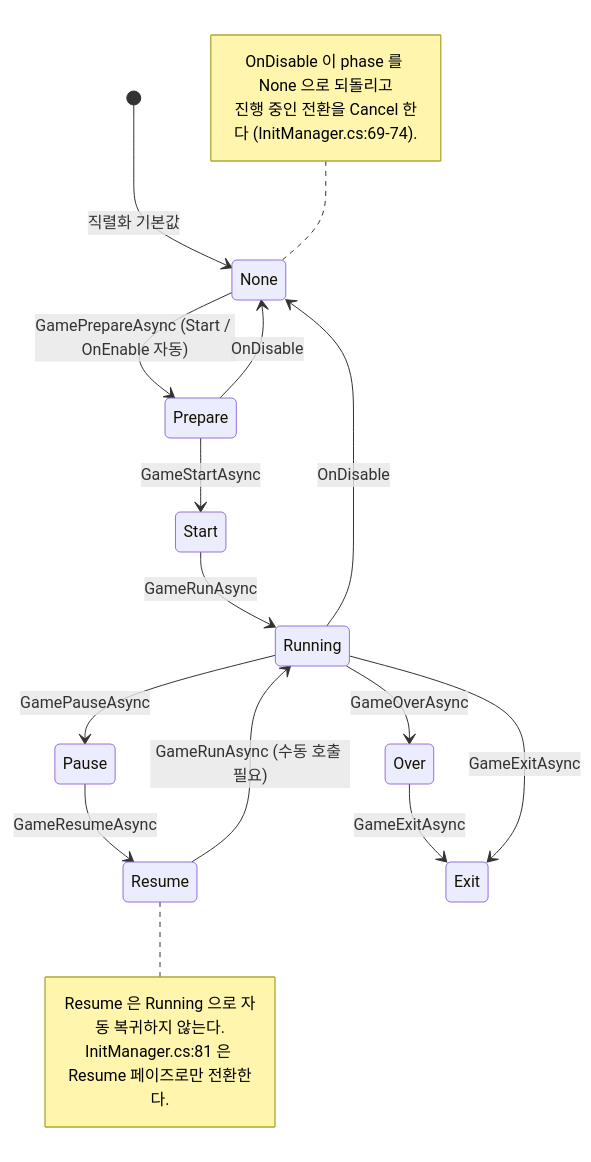
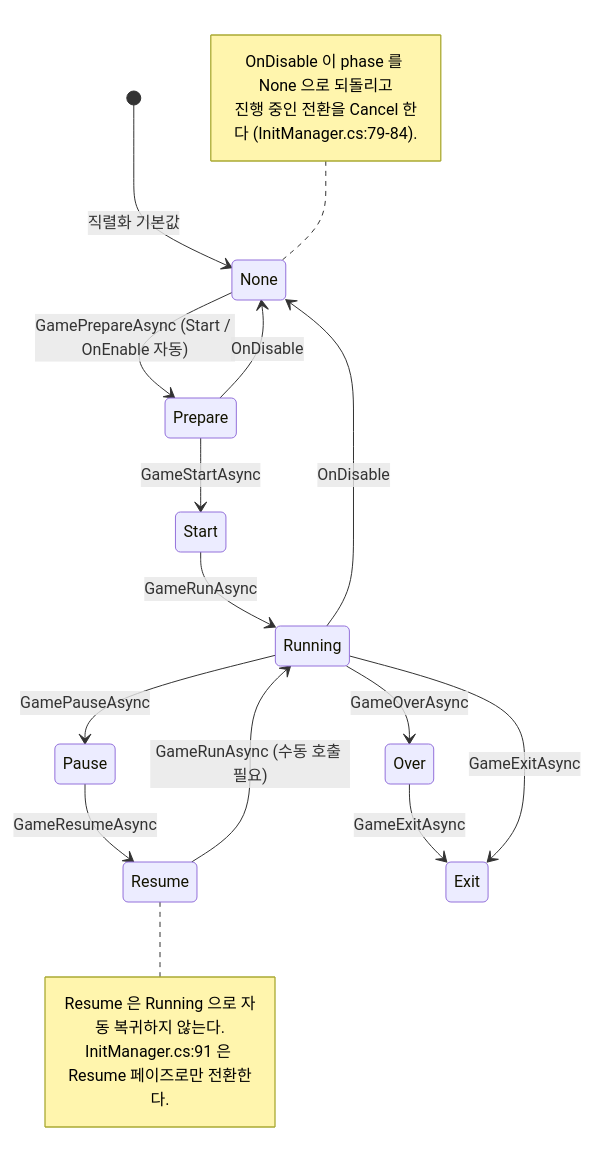
The second of 5 diagrams in HGame/docs/InitModule.md (HoHong123/HCUP-Unity), drawn with Mermaid before and after one commit. The commit also changed other lines of this file, not shown here.

First line of the commit message:
[Docs] 📝 07.08.26 sync InitModule.md with reentrancy guard changes

````diff
--- a/HGame/docs/InitModule.md
+++ b/HGame/docs/InitModule.md
@@ -109,23 +114,23 @@
 ```mermaid
 stateDiagram-v2
     [*] --> None : 직렬화 기본값
     None --> Prepare : GamePrepareAsync (Start / OnEnable 자동)
     Prepare --> Start : GameStartAsync
     Start --> Running : GameRunAsync
     Running --> Pause : GamePauseAsync
     Pause --> Resume : GameResumeAsync
     Resume --> Running : GameRunAsync (수동 호출 필요)
     Running --> Over : GameOverAsync
     Over --> Exit : GameExitAsync
     Running --> Exit : GameExitAsync
     Prepare --> None : OnDisable
     Running --> None : OnDisable
     note right of Resume
         Resume 은 Running 으로 자동 복귀하지 않는다.
-        InitManager.cs:81 은 Resume 페이즈로만 전환한다.
+        InitManager.cs:91 은 Resume 페이즈로만 전환한다.
     end note
     note left of None
         OnDisable 이 phase 를 None 으로 되돌리고
-        진행 중인 전환을 Cancel 한다 (InitManager.cs:69-74).
+        진행 중인 전환을 Cancel 한다 (InitManager.cs:79-84).
     end note
 ```
````
